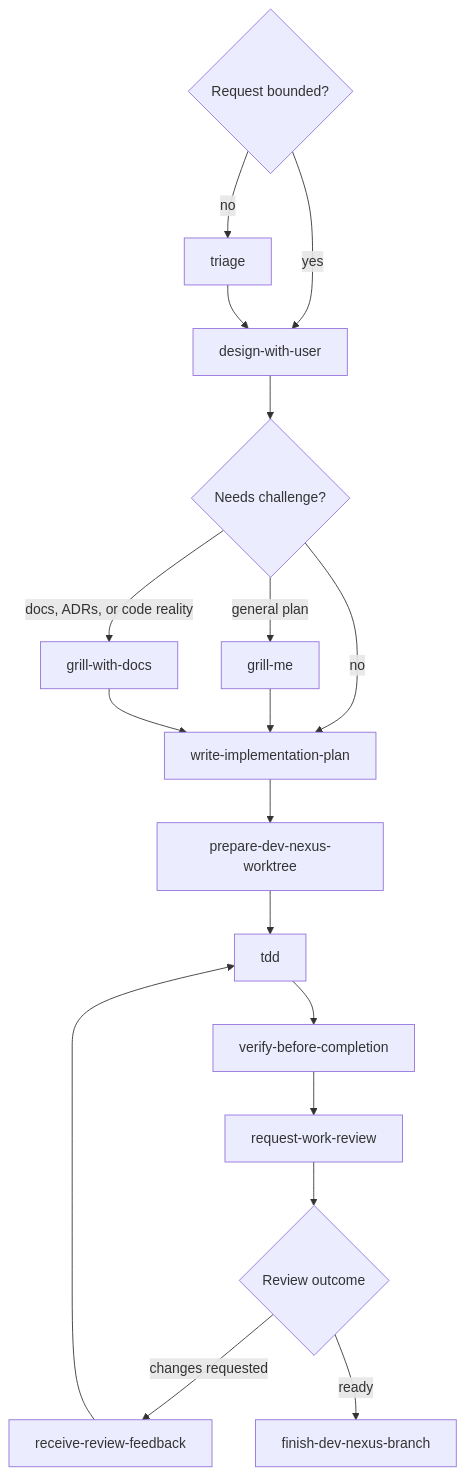
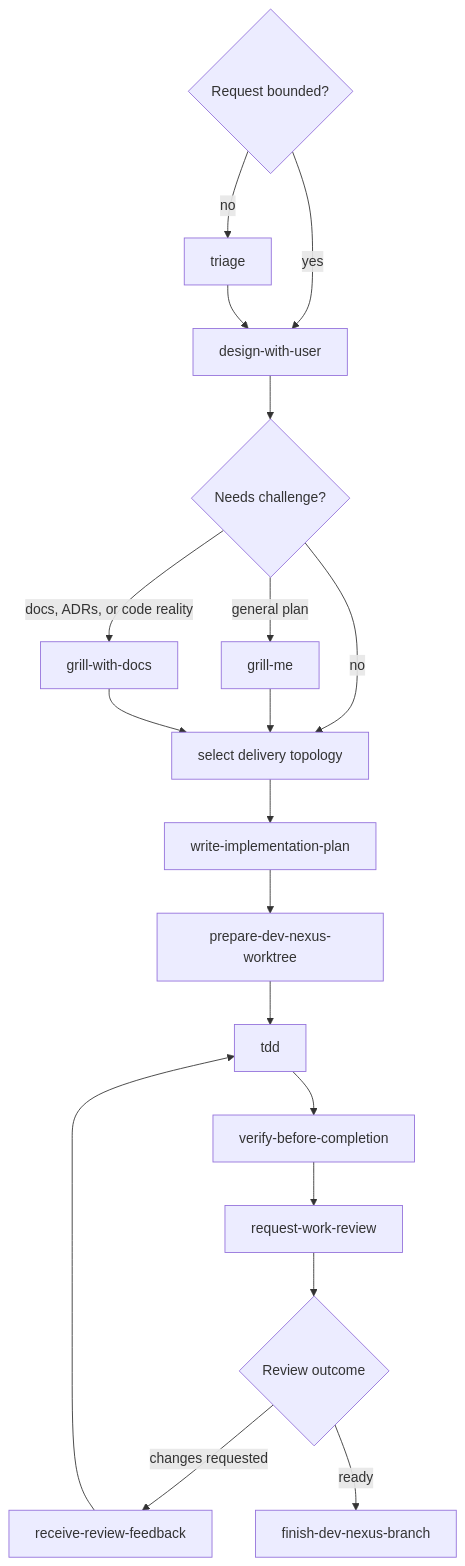
One commit to Evref-BL/DevNexus changed the fourth of 8 diagrams in docs/user/skill-chains.md. Above: the diagram before and after it, drawn with Mermaid. The commit also changed other lines of this file and 4 other files, not shown here.

````diff
--- a/docs/user/skill-chains.md
+++ b/docs/user/skill-chains.md
@@ -39,21 +79,22 @@
 ```mermaid
 flowchart TD
   A{"Request bounded?"}
   A -->|"no"| B["triage"]
   A -->|"yes"| C["design-with-user"]
   B --> C
   C --> D{"Needs challenge?"}
   D -->|"general plan"| E["grill-me"]
   D -->|"docs, ADRs, or code reality"| F["grill-with-docs"]
-  D -->|"no"| G["write-implementation-plan"]
-  E --> G
-  F --> G
+  D -->|"no"| T["select delivery topology"]
+  E --> T
+  F --> T
+  T --> G["write-implementation-plan"]
   G --> H["prepare-dev-nexus-worktree"]
   H --> I["tdd"]
   I --> J["verify-before-completion"]
   J --> K["request-work-review"]
   K --> L{"Review outcome"}
   L -->|"changes requested"| M["receive-review-feedback"]
   M --> I
   L -->|"ready"| N["finish-dev-nexus-branch"]
 ```
````
